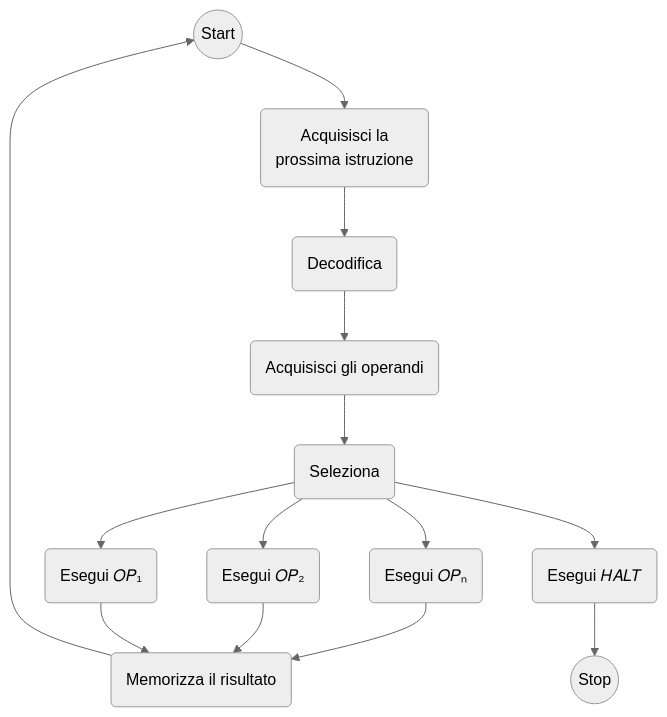
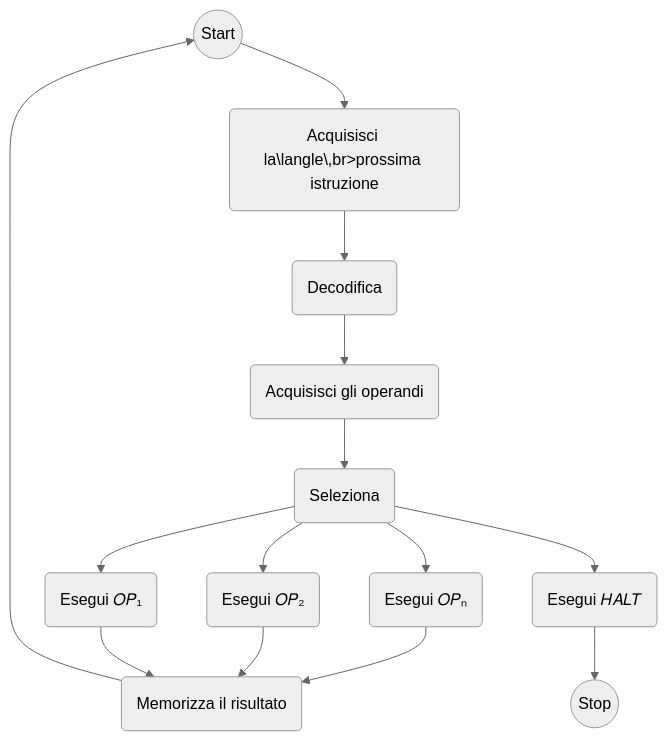
Before and after one commit to sravioli/temp-L31: the second of 4 diagrams in docs/Anno_I/Linguaggi_di_Programmazione/notes/01_intro_linguaggi.md, drawn with Mermaid (neutral theme). The commit also changed other lines of this file, not shown here.

````diff
--- a/docs/Anno_I/Linguaggi_di_Programmazione/notes/01_intro_linguaggi.md
+++ b/docs/Anno_I/Linguaggi_di_Programmazione/notes/01_intro_linguaggi.md
@@ -101,14 +101,14 @@
 ```mermaid
 flowchart TD
-    start((Start)) --> AcqProx(Acquisisci la<br>prossima istruzione)
+    start((Start)) --> AcqProx(Acquisisci la\langle\,br>prossima istruzione)
                    --> Decode(Decodifica)
                    --> AcqOps(Acquisisci gli operandi)
                    --> Choose(Seleziona);
 
     Choose --> Eop1("Esegui 𝑂𝑃ₙ") &  Eop2("Esegui 𝑂𝑃₂") & Eopn("Esegui 𝑂𝑃₁")
            --> MemRes(Memorizza il risultato)
-           ---> start;
+           --> start;
 
     Choose --> Halt("Esegui 𝐻𝐴𝐿𝑇")
            --> stop((Stop));
 ```
````
